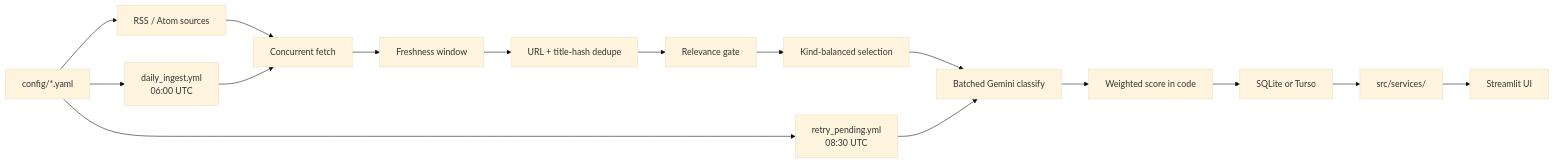
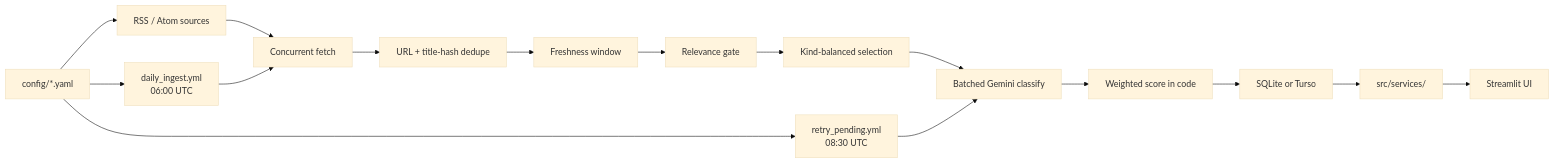
The diagram in README.md (morandeporto/ci-intel-tool), drawn with Mermaid (base theme) before and after one commit.

Commit message:
Fix README pipeline stage order to match run_daily.
Dedupe runs before the freshness window in code; align the Mermaid
flowchart and stage paragraphs with that sequence.

````diff
--- a/README.md
+++ b/README.md
@@ -96,18 +96,18 @@
 ```mermaid
 flowchart LR
   CFG["config/*.yaml"] --> SRC["RSS / Atom sources"]
   SRC --> FETCH["Concurrent fetch"]
-  FETCH --> FRESH["Freshness window"]
-  FRESH --> DEDUPE["URL + title-hash dedupe"]
-  DEDUPE --> GATE["Relevance gate"]
+  FETCH --> DEDUPE["URL + title-hash dedupe"]
+  DEDUPE --> FRESH["Freshness window"]
+  FRESH --> GATE["Relevance gate"]
   GATE --> SEL["Kind-balanced selection"]
   SEL --> LLM["Batched Gemini classify"]
   LLM --> SCORE["Weighted score in code"]
   SCORE --> DB["SQLite or Turso"]
   DB --> SVC["src/services/"]
   SVC --> UI["Streamlit UI"]
   CFG --> GHA1["daily_ingest.yml\n06:00 UTC"]
   CFG --> GHA2["retry_pending.yml\n08:30 UTC"]
   GHA1 --> FETCH
   GHA2 --> LLM
 ```
````
